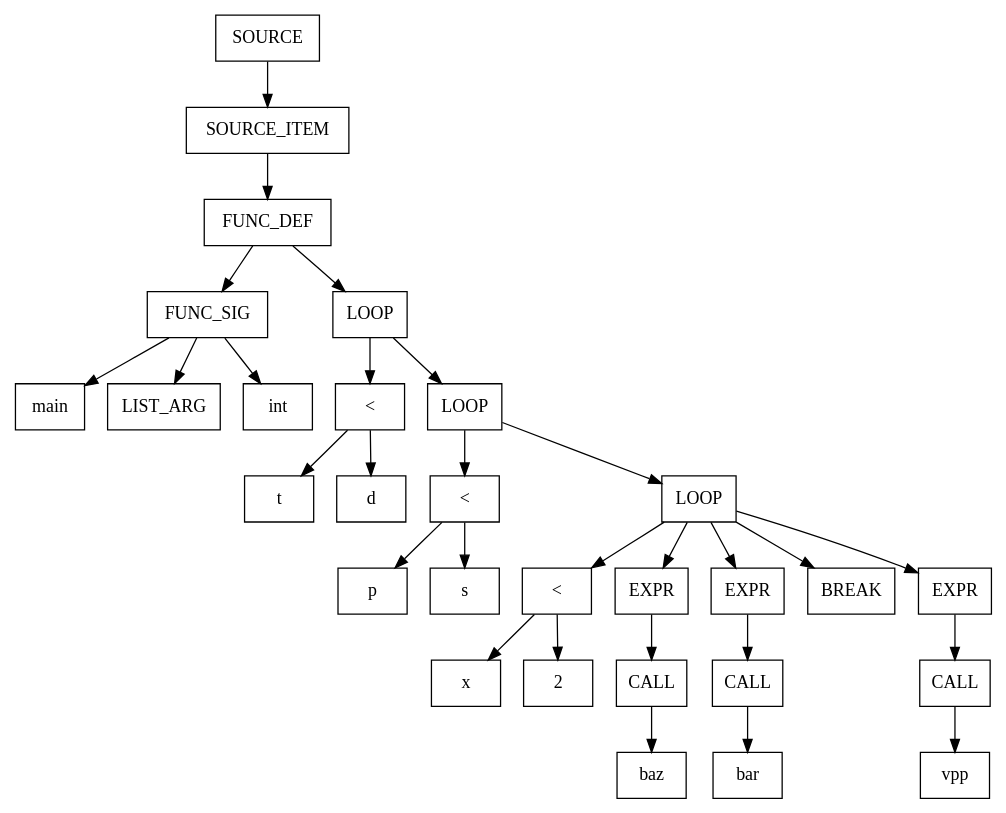
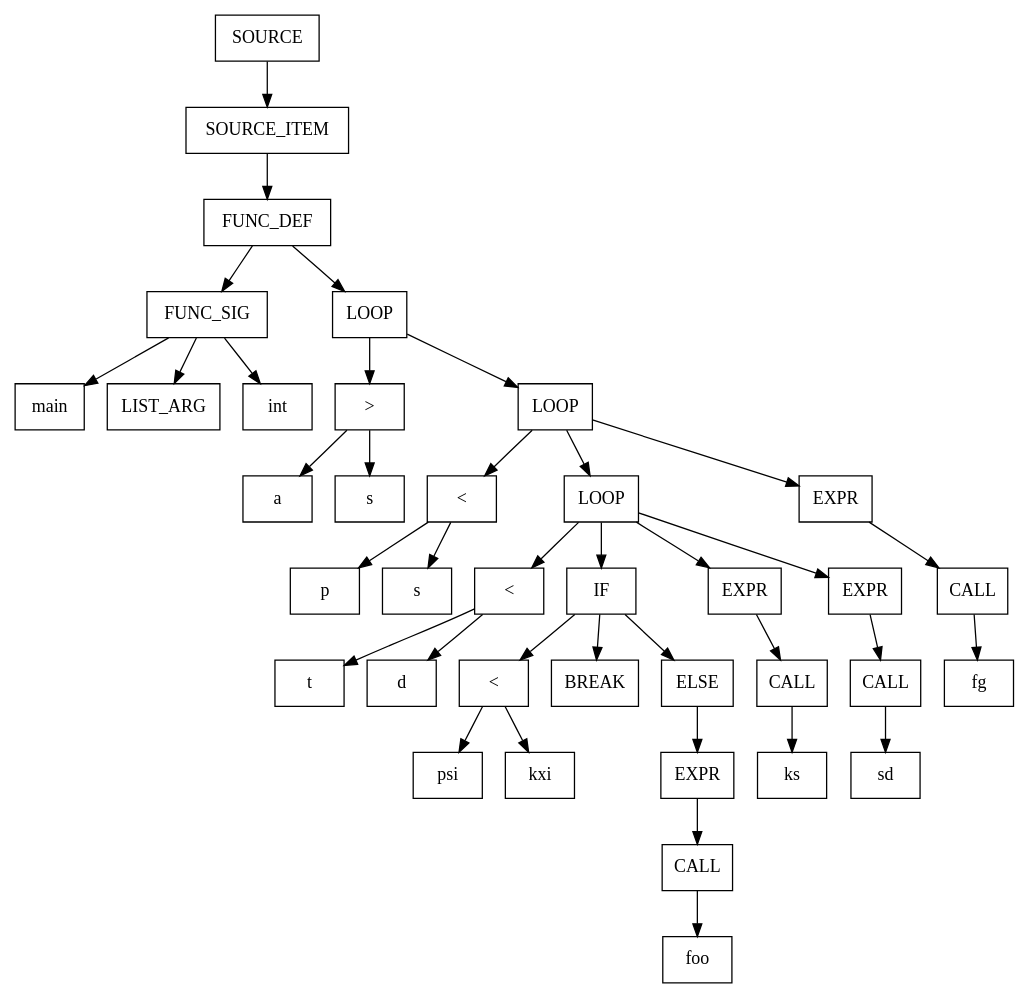
One commit to popov-p/itmo-spo-2024 changed the diagram in Lab-2/src/tree.dot. Above: the diagram before and after it, drawn with Graphviz. The commit also changed 5 other files, not shown here.

```diff
--- a/Lab-2/src/tree.dot
+++ b/Lab-2/src/tree.dot
@@ -1,60 +1,76 @@
 digraph AST {
     node [shape=box];
-    cluster_0_node3999080984 [label="SOURCE"];
-    cluster_0_node3999080672 [label="SOURCE_ITEM"];
-    cluster_0_node3999067880 [label="FUNC_DEF"];
-    cluster_0_node3999065072 [label="FUNC_SIG"];
-    cluster_0_node3999064448 [label="main"];
-    cluster_0_node3999064760 [label="LIST_ARG"];
-    cluster_0_node3999065696 [label="int"];
-    cluster_0_node3999077864 [label="LOOP"];
-    cluster_0_node3999067256 [label="<"];
-    cluster_0_node3999067568 [label="t"];
-    cluster_0_node3999068192 [label="d"];
-    cluster_0_node3999078488 [label="LOOP"];
-    cluster_0_node3999069128 [label="<"];
-    cluster_0_node3999069440 [label="p"];
-    cluster_0_node3999070064 [label="s"];
-    cluster_0_node3999078800 [label="LOOP"];
-    cluster_0_node3999071000 [label="<"];
-    cluster_0_node3999071312 [label="x"];
-    cluster_0_node3999071936 [label="2"];
-    cluster_0_node3999074432 [label="EXPR"];
-    cluster_0_node3999074120 [label="CALL"];
-    cluster_0_node3999073808 [label="baz"];
-    cluster_0_node3999077240 [label="EXPR"];
-    cluster_0_node3999076928 [label="CALL"];
-    cluster_0_node3999076616 [label="bar"];
-    cluster_0_node3999077552 [label="BREAK"];
-    cluster_0_node3999080360 [label="EXPR"];
-    cluster_0_node3999080048 [label="CALL"];
-    cluster_0_node3999079736 [label="vpp"];
-    cluster_0_node3999080984 -> cluster_0_node3999080672;
-    cluster_0_node3999080672 -> cluster_0_node3999067880;
-    cluster_0_node3999067880 -> cluster_0_node3999065072;
-    cluster_0_node3999065072 -> cluster_0_node3999064448;
-    cluster_0_node3999065072 -> cluster_0_node3999064760;
-    cluster_0_node3999065072 -> cluster_0_node3999065696;
-    cluster_0_node3999067880 -> cluster_0_node3999077864;
-    cluster_0_node3999077864 -> cluster_0_node3999067256;
-    cluster_0_node3999067256 -> cluster_0_node3999067568;
-    cluster_0_node3999067256 -> cluster_0_node3999068192;
-    cluster_0_node3999077864 -> cluster_0_node3999078488;
-    cluster_0_node3999078488 -> cluster_0_node3999069128;
-    cluster_0_node3999069128 -> cluster_0_node3999069440;
-    cluster_0_node3999069128 -> cluster_0_node3999070064;
-    cluster_0_node3999078488 -> cluster_0_node3999078800;
-    cluster_0_node3999078800 -> cluster_0_node3999071000;
-    cluster_0_node3999071000 -> cluster_0_node3999071312;
-    cluster_0_node3999071000 -> cluster_0_node3999071936;
-    cluster_0_node3999078800 -> cluster_0_node3999074432;
-    cluster_0_node3999074432 -> cluster_0_node3999074120;
-    cluster_0_node3999074120 -> cluster_0_node3999073808;
-    cluster_0_node3999078800 -> cluster_0_node3999077240;
-    cluster_0_node3999077240 -> cluster_0_node3999076928;
-    cluster_0_node3999076928 -> cluster_0_node3999076616;
-    cluster_0_node3999078800 -> cluster_0_node3999077552;
-    cluster_0_node3999078800 -> cluster_0_node3999080360;
-    cluster_0_node3999080360 -> cluster_0_node3999080048;
-    cluster_0_node3999080048 -> cluster_0_node3999079736;
+    cluster_0_node2299186720 [label="SOURCE"];
+    cluster_0_node2299186408 [label="SOURCE_ITEM"];
+    cluster_0_node2299183600 [label="FUNC_DEF"];
+    cluster_0_node2299163632 [label="FUNC_SIG"];
+    cluster_0_node2299163008 [label="main"];
+    cluster_0_node2299163320 [label="LIST_ARG"];
+    cluster_0_node2299164256 [label="int"];
+    cluster_0_node2299184224 [label="LOOP"];
+    cluster_0_node2299165816 [label=">"];
+    cluster_0_node2299166128 [label="a"];
+    cluster_0_node2299166752 [label="s"];
+    cluster_0_node2299184536 [label="LOOP"];
+    cluster_0_node2299167688 [label="<"];
+    cluster_0_node2299168000 [label="p"];
+    cluster_0_node2299168624 [label="s"];
+    cluster_0_node2299181728 [label="LOOP"];
+    cluster_0_node2299169560 [label="<"];
+    cluster_0_node2299169872 [label="t"];
+    cluster_0_node2299170496 [label="d"];
+    cluster_0_node2299177672 [label="IF"];
+    cluster_0_node2299171432 [label="<"];
+    cluster_0_node2299171744 [label="psi"];
+    cluster_0_node2299172368 [label="kxi"];
+    cluster_0_node2299172056 [label="BREAK"];
+    cluster_0_node2299175800 [label="ELSE"];
+    cluster_0_node2299177360 [label="EXPR"];
+    cluster_0_node2299177048 [label="CALL"];
+    cluster_0_node2299176736 [label="foo"];
+    cluster_0_node2299180480 [label="EXPR"];
+    cluster_0_node2299180168 [label="CALL"];
+    cluster_0_node2299179856 [label="ks"];
+    cluster_0_node2299183288 [label="EXPR"];
+    cluster_0_node2299182976 [label="CALL"];
+    cluster_0_node2299182664 [label="sd"];
+    cluster_0_node2299186096 [label="EXPR"];
+    cluster_0_node2299185784 [label="CALL"];
+    cluster_0_node2299185472 [label="fg"];
+    cluster_0_node2299186720 -> cluster_0_node2299186408;
+    cluster_0_node2299186408 -> cluster_0_node2299183600;
+    cluster_0_node2299183600 -> cluster_0_node2299163632;
+    cluster_0_node2299163632 -> cluster_0_node2299163008;
+    cluster_0_node2299163632 -> cluster_0_node2299163320;
+    cluster_0_node2299163632 -> cluster_0_node2299164256;
+    cluster_0_node2299183600 -> cluster_0_node2299184224;
+    cluster_0_node2299184224 -> cluster_0_node2299165816;
+    cluster_0_node2299165816 -> cluster_0_node2299166128;
+    cluster_0_node2299165816 -> cluster_0_node2299166752;
+    cluster_0_node2299184224 -> cluster_0_node2299184536;
+    cluster_0_node2299184536 -> cluster_0_node2299167688;
+    cluster_0_node2299167688 -> cluster_0_node2299168000;
+    cluster_0_node2299167688 -> cluster_0_node2299168624;
+    cluster_0_node2299184536 -> cluster_0_node2299181728;
+    cluster_0_node2299181728 -> cluster_0_node2299169560;
+    cluster_0_node2299169560 -> cluster_0_node2299169872;
+    cluster_0_node2299169560 -> cluster_0_node2299170496;
+    cluster_0_node2299181728 -> cluster_0_node2299177672;
+    cluster_0_node2299177672 -> cluster_0_node2299171432;
+    cluster_0_node2299171432 -> cluster_0_node2299171744;
+    cluster_0_node2299171432 -> cluster_0_node2299172368;
+    cluster_0_node2299177672 -> cluster_0_node2299172056;
+    cluster_0_node2299177672 -> cluster_0_node2299175800;
+    cluster_0_node2299175800 -> cluster_0_node2299177360;
+    cluster_0_node2299177360 -> cluster_0_node2299177048;
+    cluster_0_node2299177048 -> cluster_0_node2299176736;
+    cluster_0_node2299181728 -> cluster_0_node2299180480;
+    cluster_0_node2299180480 -> cluster_0_node2299180168;
+    cluster_0_node2299180168 -> cluster_0_node2299179856;
+    cluster_0_node2299181728 -> cluster_0_node2299183288;
+    cluster_0_node2299183288 -> cluster_0_node2299182976;
+    cluster_0_node2299182976 -> cluster_0_node2299182664;
+    cluster_0_node2299184536 -> cluster_0_node2299186096;
+    cluster_0_node2299186096 -> cluster_0_node2299185784;
+    cluster_0_node2299185784 -> cluster_0_node2299185472;
 }
```
